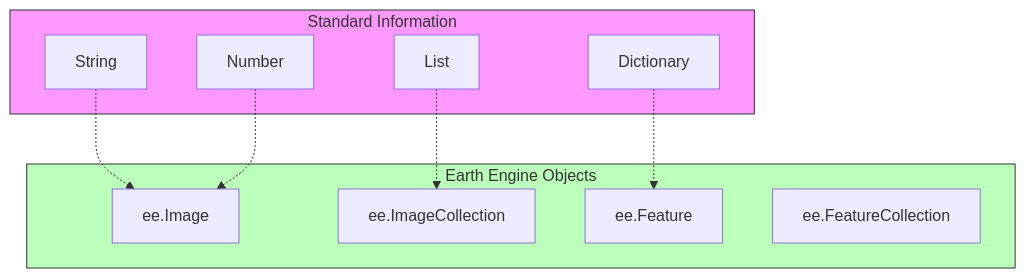
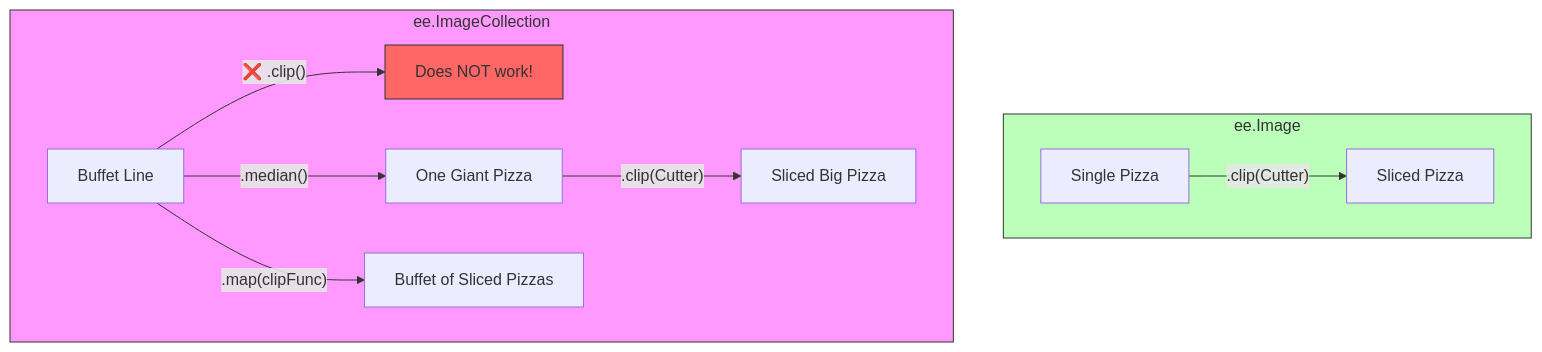
Before and after one commit to pulakeshpradhan/earthengine: the diagram in docs/programming/2. Data Types.md, drawn with Mermaid. The commit also changed other lines of this file and 84 other files, not shown here.

````diff
--- a/docs/programming/2. Data Types.md
+++ b/docs/programming/2. Data Types.md
@@ -32,23 +79,17 @@
 ```mermaid
 graph TD
-    subgraph Client-Side [Standard Information]
-        A[String]
-        B[Number]
-        C[List]
-        D[Dictionary]
+    subgraph Single_Image [ee.Image]
+        A[Single Pizza] -- ".clip(Cutter)" --> B[Sliced Pizza]
     end
-    
-    subgraph Server-Side [Earth Engine Objects]
-        E[ee.Image]
-        F[ee.ImageCollection]
-        G[ee.Feature]
-        H[ee.FeatureCollection]
+
+    subgraph Pizza_Buffet [ee.ImageCollection]
+        C[Buffet Line] -- "❌ .clip()" --> Error[Does NOT work!]
+        C -- ".median()" --> D[One Giant Pizza]
+        D -- ".clip(Cutter)" --> E[Sliced Big Pizza]
+        
+        C -- ".map(clipFunc)" --> F[Buffet of Sliced Pizzas]
     end
-    
-    A -.-> E
-    B -.-> E
-    C -.-> F
-    D -.-> G
-    style Client-Side fill:#f9f,stroke:#333
-    style Server-Side fill:#bfb,stroke:#333
+    style Single_Image fill:#bfb,stroke:#333
+    style Pizza_Buffet fill:#f9f,stroke:#333
+    style Error fill:#f66,stroke:#333
 ```
````
